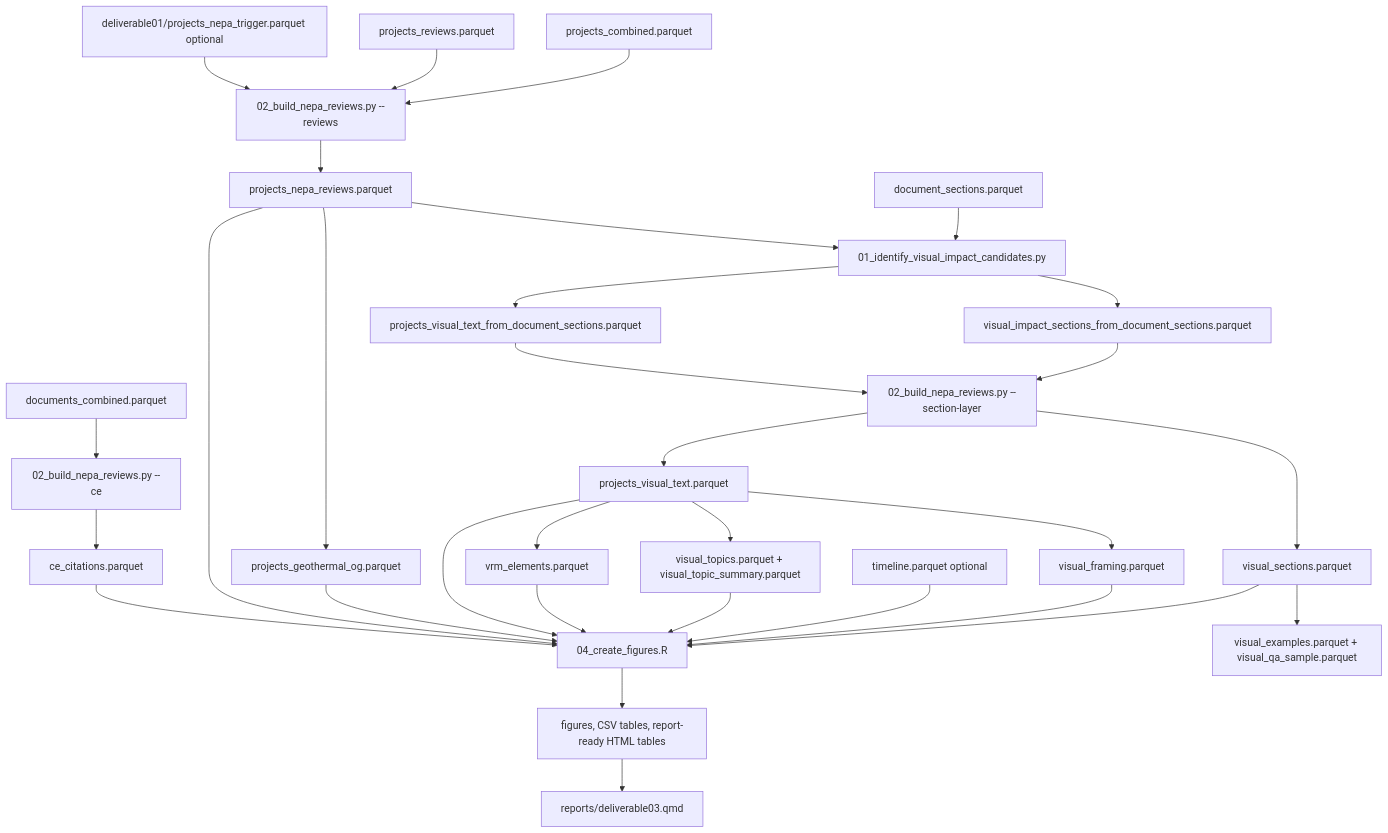
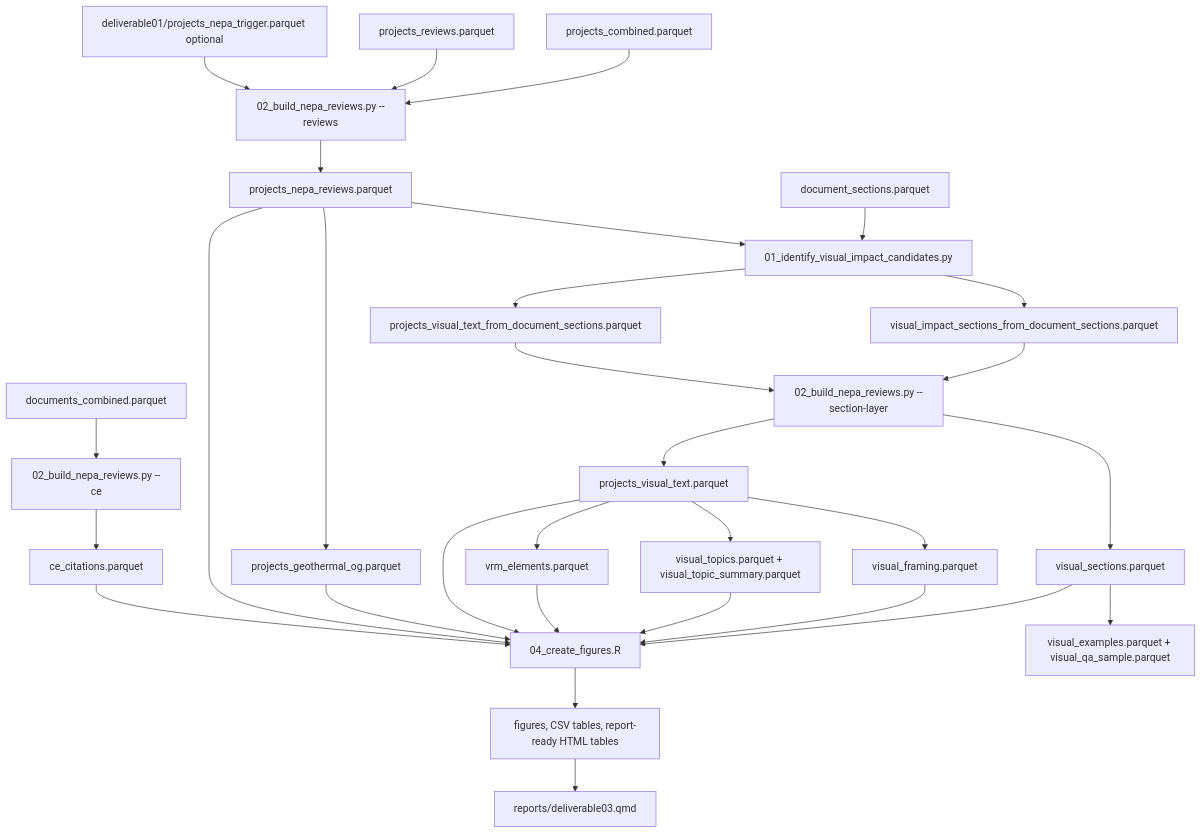
The diagram in phase2/architecture/deliverables/deliverable03.md (kaseyzapatka/nepa), drawn with Mermaid before and after one commit. The commit also changed other lines of this file and 2 other files, not shown here.

First line of the commit message:
[D3] remove dead timeline section gated on nonexistent parquet

````diff
--- a/phase2/architecture/deliverables/deliverable03.md
+++ b/phase2/architecture/deliverables/deliverable03.md
@@ -11,36 +11,35 @@
 ```mermaid
 flowchart TD
     A[projects_combined.parquet] --> B[02_build_nepa_reviews.py --reviews]
     C[projects_reviews.parquet] --> B
     D[deliverable01/projects_nepa_trigger.parquet optional] --> B
     B --> E[projects_nepa_reviews.parquet]
 
     F[documents_combined.parquet] --> G[02_build_nepa_reviews.py --ce]
     G --> H[ce_citations.parquet]
 
     I[document_sections.parquet] --> J[01_identify_visual_impact_candidates.py]
     E --> J
     J --> K[visual_impact_sections_from_document_sections.parquet]
     J --> L[projects_visual_text_from_document_sections.parquet]
     K --> M[02_build_nepa_reviews.py --section-layer]
     L --> M
     M --> N[visual_sections.parquet]
     M --> O[projects_visual_text.parquet]
     O --> P[visual_framing.parquet]
     O --> Q[visual_topics.parquet + visual_topic_summary.parquet]
     O --> R[vrm_elements.parquet]
     N --> S[visual_examples.parquet + visual_qa_sample.parquet]
 
     E --> T[projects_geothermal_og.parquet]
     E --> U[04_create_figures.R]
     H --> U
     N --> U
     O --> U
     P --> U
     Q --> U
     R --> U
     T --> U
-    V[timeline.parquet optional] --> U
     U --> W[figures, CSV tables, report-ready HTML tables]
     W --> X[reports/deliverable03.qmd]
 ```
````
